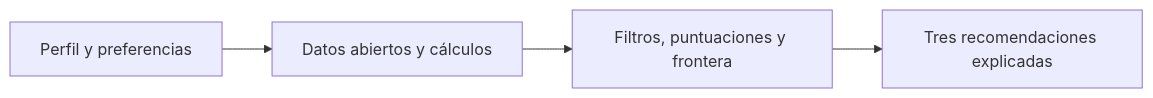
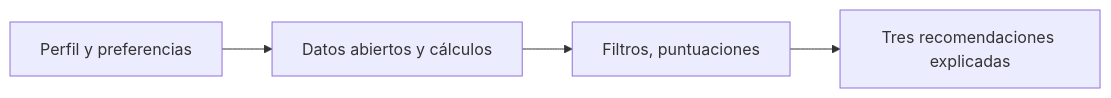
One commit to byanagarez/propuesta-DATAMAD26 changed the first of 3 diagrams in README.md. Above: the diagram before and after it, drawn with Mermaid. The commit also changed other lines of this file, not shown here.

````diff
--- a/README.md
+++ b/README.md
@@ -29,6 +29,6 @@
 ```mermaid
 flowchart LR
     A[Perfil y preferencias] --> B[Datos abiertos y cálculos]
-    B --> C[Filtros, puntuaciones y frontera]
+    B --> C[Filtros, puntuaciones]
     C --> D[Tres recomendaciones explicadas]
 ```
````
